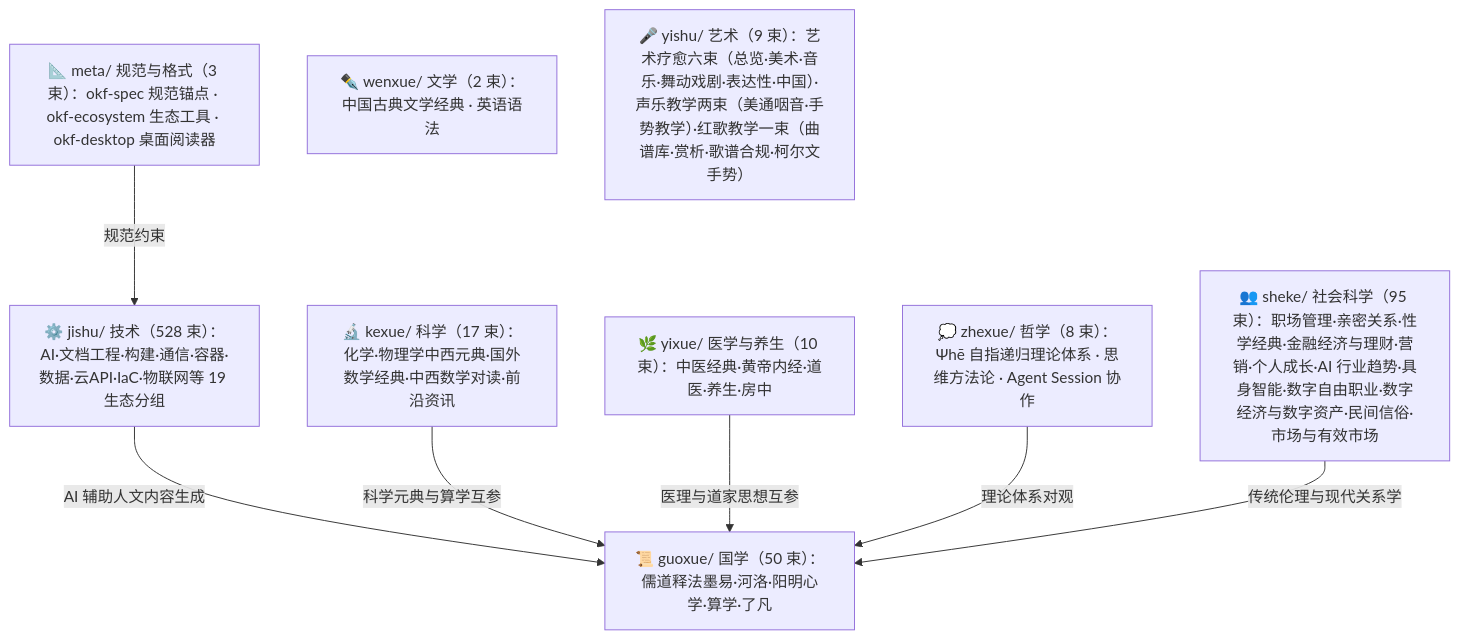
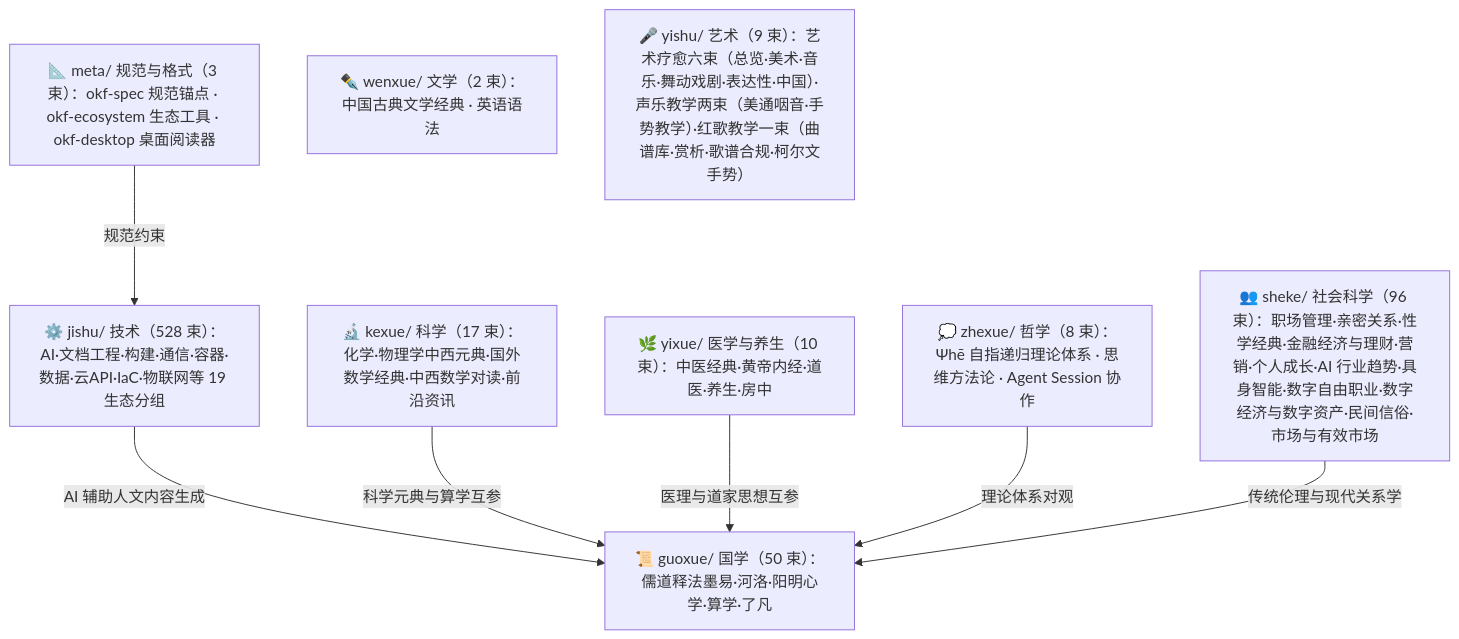
One commit to awesome-flexloop/awesome-okf changed the diagram in doc/bundles/index.md. Above: the diagram before and after it, drawn with Mermaid. The commit also changed other lines of this file and 35 other files, not shown here.

````diff
--- a/doc/bundles/index.md
+++ b/doc/bundles/index.md
@@ -21,18 +21,18 @@
 ```mermaid
 flowchart TD
     meta["📐 meta/ 规范与格式（3 束）：okf-spec 规范锚点 · okf-ecosystem 生态工具 · okf-desktop 桌面阅读器"]
     guoxue["📜 guoxue/ 国学（50 束）：儒道释法墨易·河洛·阳明心学·算学·了凡"]
     zhexue["💭 zhexue/ 哲学（8 束）：Ψhē 自指递归理论体系 · 思维方法论 · Agent Session 协作"]
     kexue["🔬 kexue/ 科学（17 束）：化学·物理学中西元典·国外数学经典·中西数学对读·前沿资讯"]
     wenxue["✒️ wenxue/ 文学（2 束）：中国古典文学经典 · 英语语法"]
     yixue["🌿 yixue/ 医学与养生（10 束）：中医经典·黄帝内经·道医·养生·房中"]
-    sheke["👥 sheke/ 社会科学（95 束）：职场管理·亲密关系·性学经典·金融经济与理财·营销·个人成长·AI 行业趋势·具身智能·数字自由职业·数字经济与数字资产·民间信俗·市场与有效市场"]
+    sheke["👥 sheke/ 社会科学（96 束）：职场管理·亲密关系·性学经典·金融经济与理财·营销·个人成长·AI 行业趋势·具身智能·数字自由职业·数字经济与数字资产·民间信俗·市场与有效市场"]
     yishu["🎤 yishu/ 艺术（9 束）：艺术疗愈六束（总览·美术·音乐·舞动戏剧·表达性·中国）·声乐教学两束（美通咽音·手势教学）·红歌教学一束（曲谱库·赏析·歌谱合规·柯尔文手势）"]
     jishu["⚙️ jishu/ 技术（528 束）：AI·文档工程·构建·通信·容器·数据·云API·IaC·物联网等 19 生态分组"]
     meta -->|"规范约束"| jishu
     jishu -->|"AI 辅助人文内容生成"| guoxue
     kexue -->|"科学元典与算学互参"| guoxue
     yixue -->|"医理与道家思想互参"| guoxue
     zhexue -->|"理论体系对观"| guoxue
     sheke -->|"传统伦理与现代关系学"| guoxue
 ```
````
